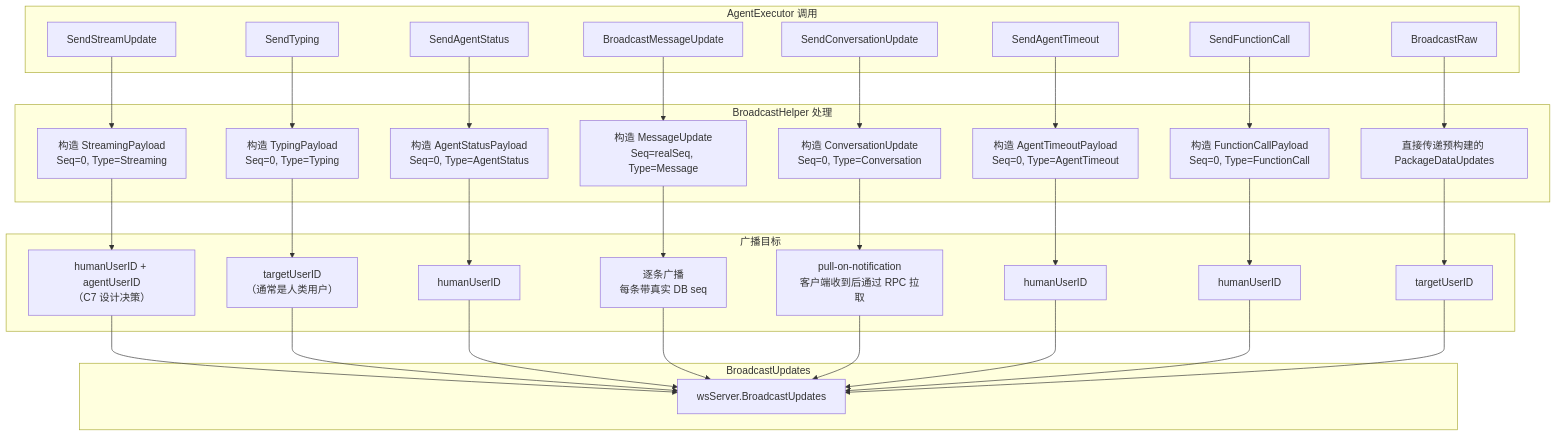
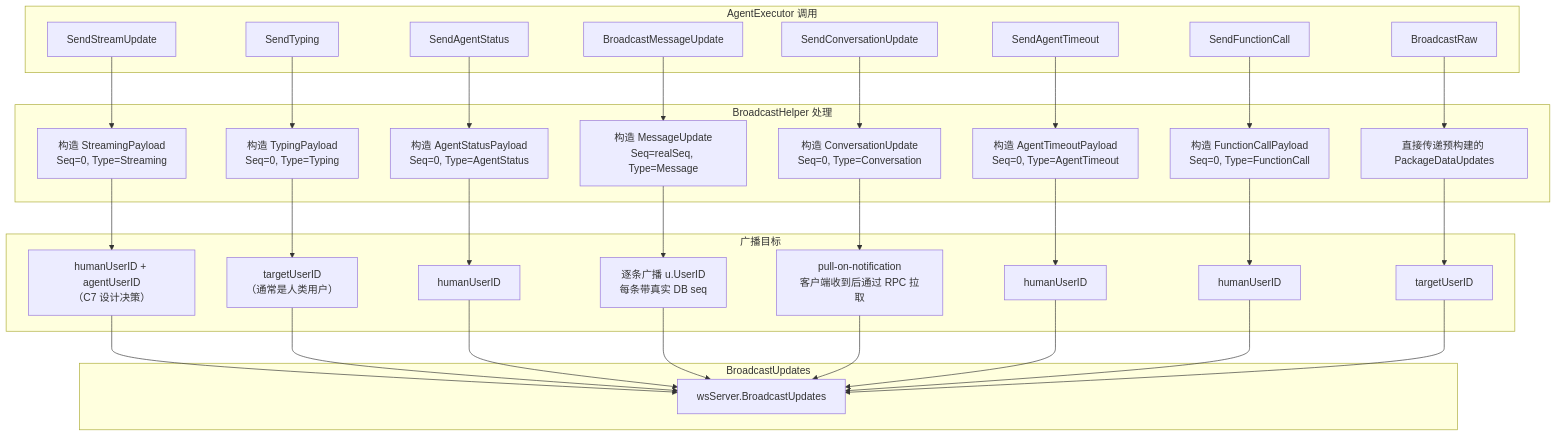
The fourth of 6 diagrams in wiki/flows/broadcasting.md (PineappleBond/xyncra-server), drawn with Mermaid before and after one commit. The commit also changed other lines of this file and 5 other files, not shown here.

````diff
--- a/wiki/flows/broadcasting.md
+++ b/wiki/flows/broadcasting.md
@@ -269,48 +269,48 @@
 ```mermaid
 flowchart TD
     subgraph AgentExecutor 调用
         A1[SendStreamUpdate]
         A2[SendTyping]
         A3[SendAgentStatus]
         A4[BroadcastMessageUpdate]
         A5[SendConversationUpdate]
         A6[SendAgentTimeout]
         A7[SendFunctionCall]
         A8[BroadcastRaw]
     end
 
     subgraph BroadcastHelper 处理
         B1[构造 StreamingPayload<br/>Seq=0, Type=Streaming]
         B2[构造 TypingPayload<br/>Seq=0, Type=Typing]
         B3[构造 AgentStatusPayload<br/>Seq=0, Type=AgentStatus]
         B4[构造 MessageUpdate<br/>Seq=realSeq, Type=Message]
         B5[构造 ConversationUpdate<br/>Seq=0, Type=Conversation]
         B6[构造 AgentTimeoutPayload<br/>Seq=0, Type=AgentTimeout]
         B7[构造 FunctionCallPayload<br/>Seq=0, Type=FunctionCall]
         B8[直接传递预构建的 PackageDataUpdates]
     end
 
     subgraph 广播目标
         C1[humanUserID + agentUserID<br/>（C7 设计决策）]
         C2[targetUserID<br/>（通常是人类用户）]
         C3[humanUserID]
-        C4[逐条广播<br/>每条带真实 DB seq]
+        C4[逐条广播 u.UserID<br/>每条带真实 DB seq]
         C5[pull-on-notification<br/>客户端收到后通过 RPC 拉取]
         C6[humanUserID]
         C7[humanUserID]
         C8[targetUserID]
     end
 
     subgraph BroadcastUpdates
         D[wsServer.BroadcastUpdates]
     end
 
     A1 --> B1 --> C1 --> D
     A2 --> B2 --> C2 --> D
     A3 --> B3 --> C3 --> D
     A4 --> B4 --> C4 --> D
     A5 --> B5 --> C5 --> D
     A6 --> B6 --> C6 --> D
     A7 --> B7 --> C7 --> D
     A8 --> B8 --> C8 --> D
 ```
````
